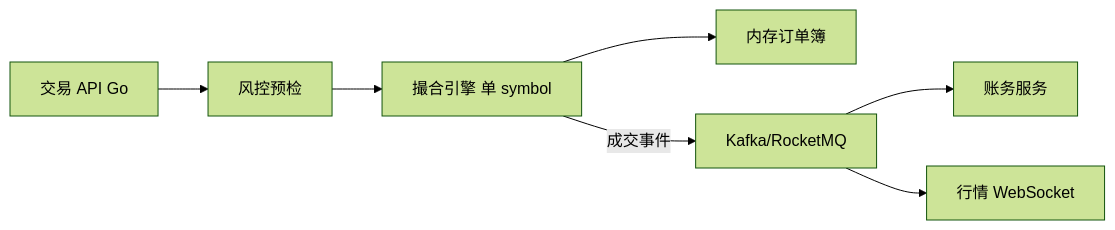
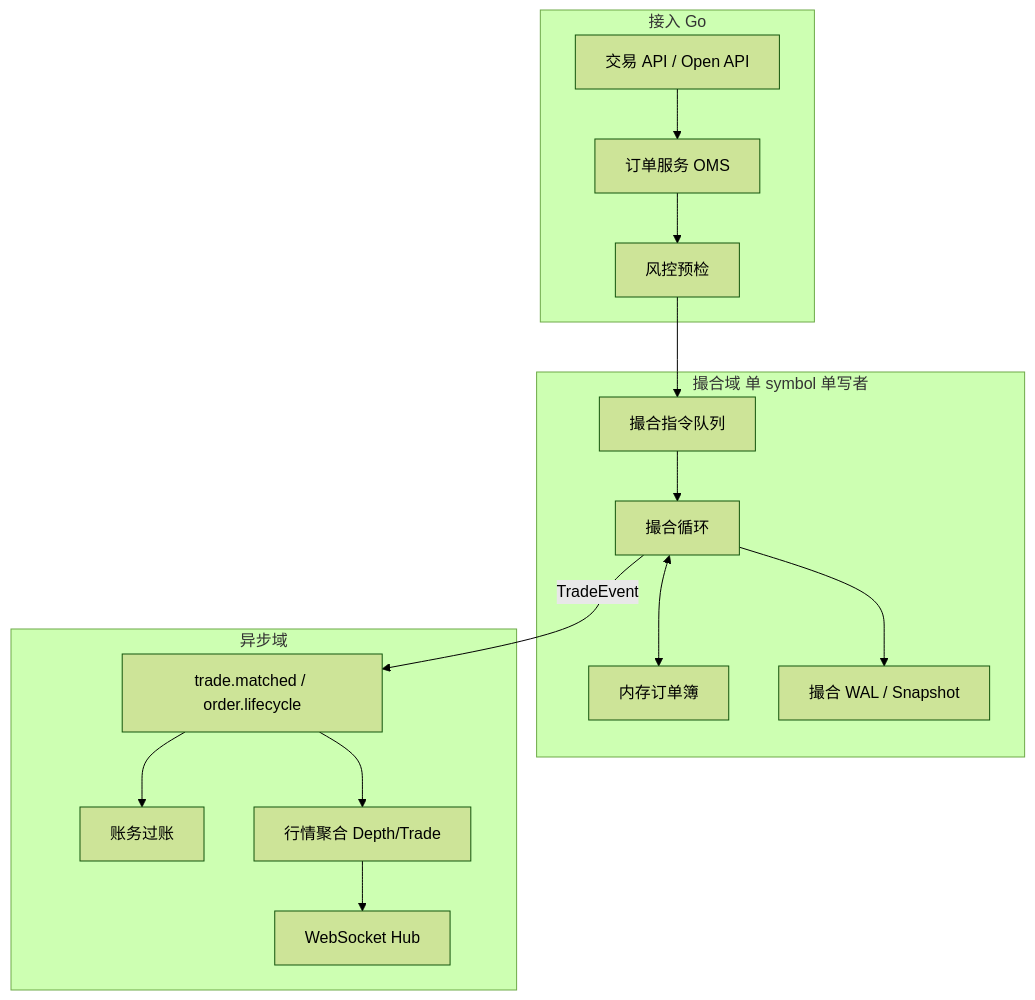
Before and after one commit to twodog-tt/Golang-development-manual: the first of 4 diagrams in docs/interview/14-dex-cex-engineering/S-EXCH-01-cex-matching-engine.md, drawn with Mermaid (forest theme). The commit also changed other lines of this file and 2 other files, not shown here.

First line of the commit message:
Expand CEX matching engine topic with order book and WAL depth.

````diff
--- a/docs/interview/14-dex-cex-engineering/S-EXCH-01-cex-matching-engine.md
+++ b/docs/interview/14-dex-cex-engineering/S-EXCH-01-cex-matching-engine.md
@@ -29,9 +34,27 @@
 ```mermaid
-flowchart LR
-  API[交易 API Go] --> Risk[风控预检]
-  Risk --> ME[撮合引擎 单 symbol]
-  ME --> OB[内存订单簿]
-  ME -->|成交事件| MQ[Kafka/RocketMQ]
-  MQ --> Ledger[账务服务]
-  MQ --> Market[行情 WebSocket]
+flowchart TB
+  subgraph Ingress[接入 Go]
+    API[交易 API / Open API]
+    OMS[订单服务 OMS]
+    Risk[风控预检]
+  end
+  subgraph ME域[撮合域 单 symbol 单写者]
+    Q[撮合指令队列]
+    OB[内存订单簿]
+    Match[撮合循环]
+    WAL[撮合 WAL / Snapshot]
+    Q --> Match
+    Match <--> OB
+    Match --> WAL
+  end
+  subgraph Async[异步域]
+    MQ[trade.matched / order.lifecycle]
+    Ledger[账务过账]
+    MD[行情聚合 Depth/Trade]
+    WS[WebSocket Hub]
+  end
+  API --> OMS --> Risk --> Q
+  Match -->|TradeEvent| MQ
+  MQ --> Ledger
+  MQ --> MD --> WS
 ```
````
